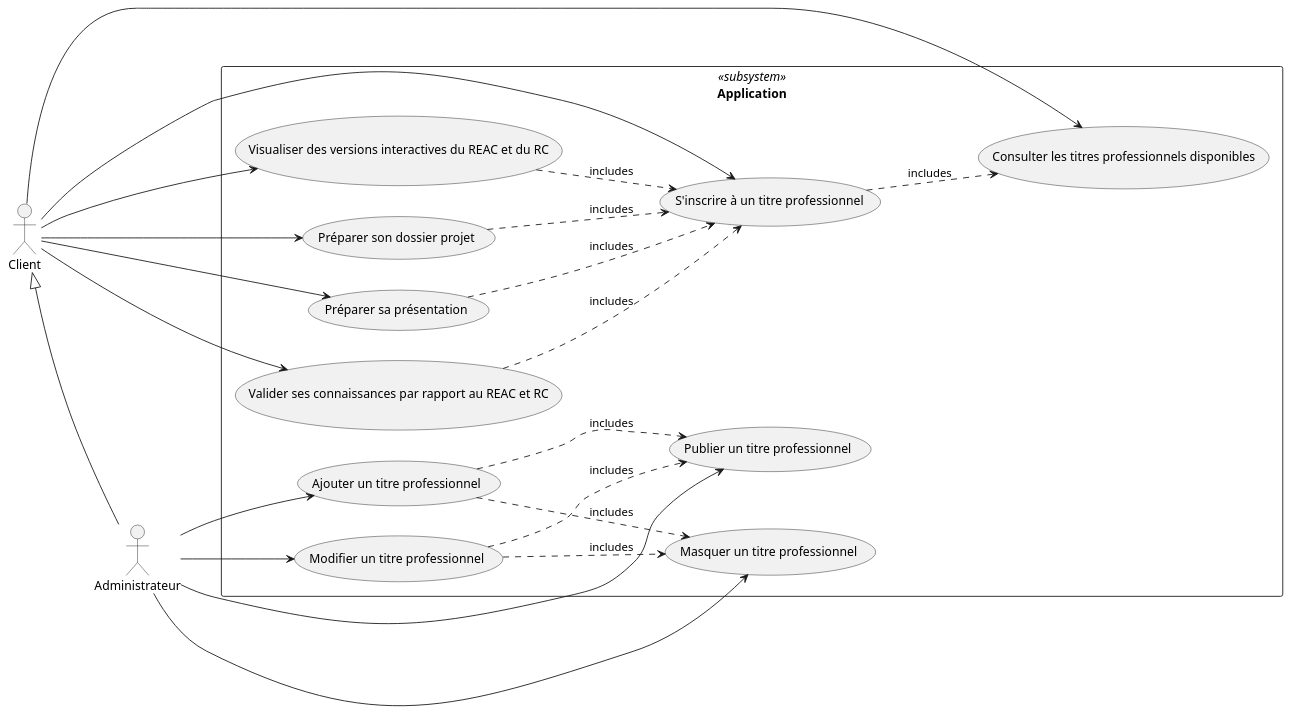
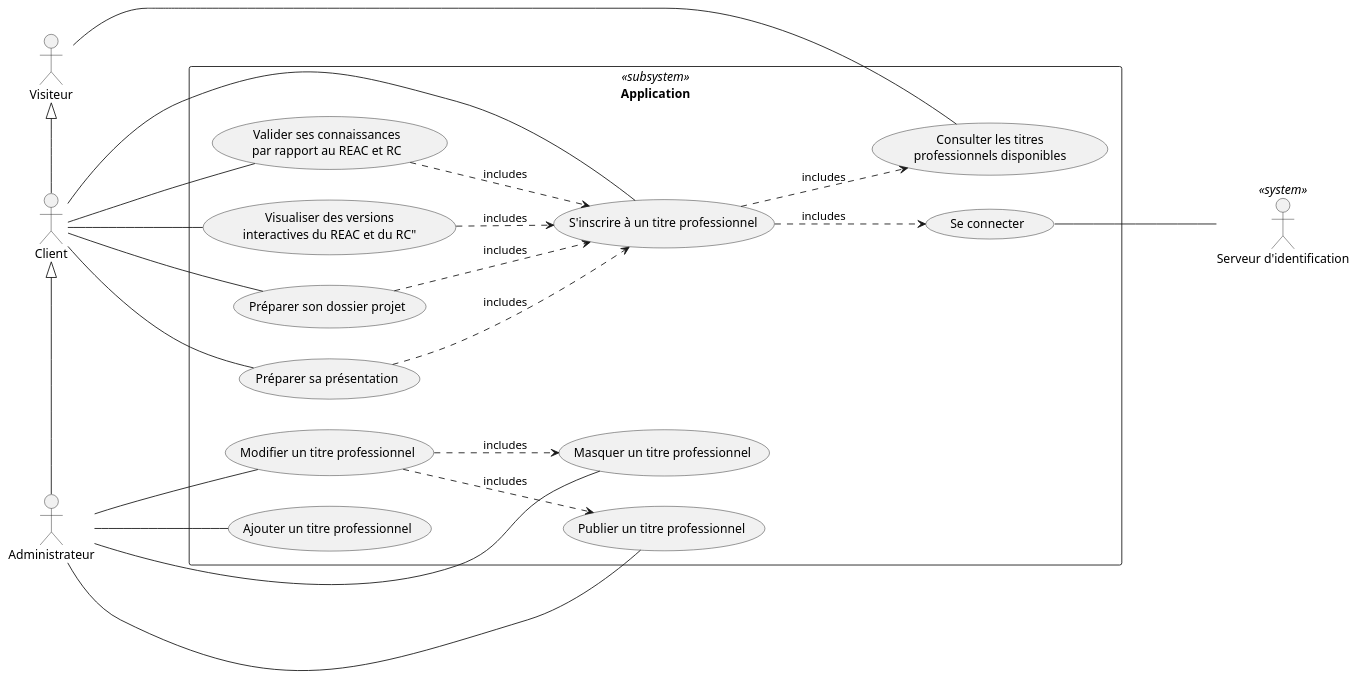
Before and after one commit to nicolaskempf57/proparation: the diagram in diagrams/webapp.puml, drawn with PlantUML.

Commit message:
feat: add connect action and auth system

```diff
--- a/diagrams/webapp.puml
+++ b/diagrams/webapp.puml
@@ -1,37 +1,49 @@
 @startuml
+left to right direction
+
+:Visiteur: as v
 :Client: as c
 :Administrateur: as a
-c <|-- a
-left to right direction
+:Serveur d'identification: as auth <<system>>
+
+v <|- c
+c <|- a
+
 rectangle Application <<subsystem>> {
+usecase consulter as "Consulter les titres
+professionnels disponibles"
+v - (consulter)
+
 (Ajouter un titre professionnel) as (ajouter)
 (Masquer un titre professionnel) as (masquer)
 (Modifier un titre professionnel) as (modifier)
 (Publier un titre professionnel) as (publier)
-(Consulter les titres professionnels disponibles) as (consulter)
 (S'inscrire à un titre professionnel) as (inscrire)
-(Visualiser des versions interactives du REAC et du RC) as (visualiser)
-(Valider ses connaissances par rapport au REAC et RC) as (valider)
+usecase visualiser as "Visualiser des versions
+interactives du REAC et du RC""
+usecase valider as "Valider ses connaissances
+ par rapport au REAC et RC"
 (Préparer son dossier projet) as (preparer-dossier)
 (Préparer sa présentation) as (preparer-presentation)
-c -> (consulter)
-c -> (inscrire)
-c -> (visualiser)
-c -> (preparer-dossier)
-c -> (preparer-presentation)
-c -> (valider)
+(Se connecter) as (connecter)
+c - (inscrire)
+c - (visualiser)
+c - (preparer-dossier)
+c - (preparer-presentation)
+c - (valider)
+(connecter) --- auth
 (visualiser) ..> (inscrire): includes
 (preparer-dossier) ..> (inscrire): includes
 (preparer-presentation) ..> (inscrire): includes
 (valider) ..> (inscrire): includes
 (inscrire) ..> (consulter): includes
-a --> (modifier)
-a --> (ajouter)
-a --> (publier)
-a --> (masquer)
+(inscrire) ..> (connecter): includes
+
+a --- (modifier)
+a --- (ajouter)
+a --- (publier)
+a --- (masquer)
 (modifier) ..> (publier): includes
 (modifier) ..> (masquer): includes
-(ajouter) ..> (publier): includes
-(ajouter) ..> (masquer): includes
 }
 @enduml
```
